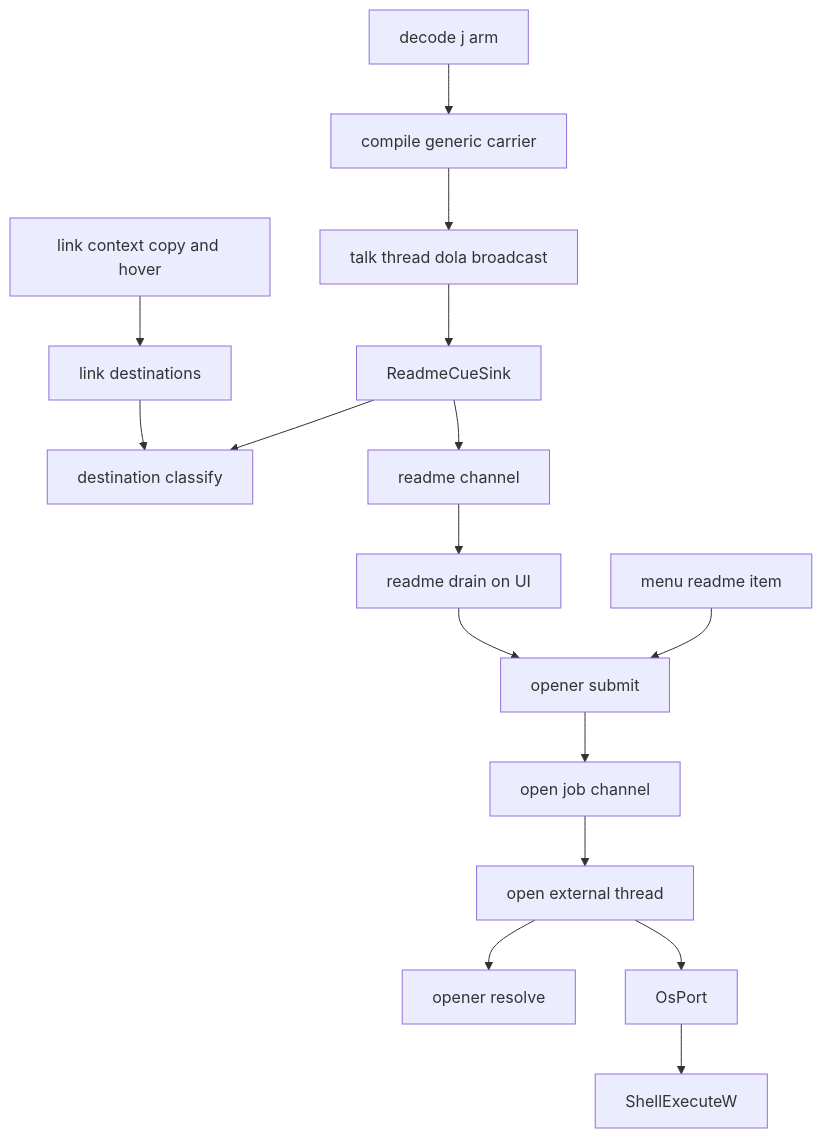
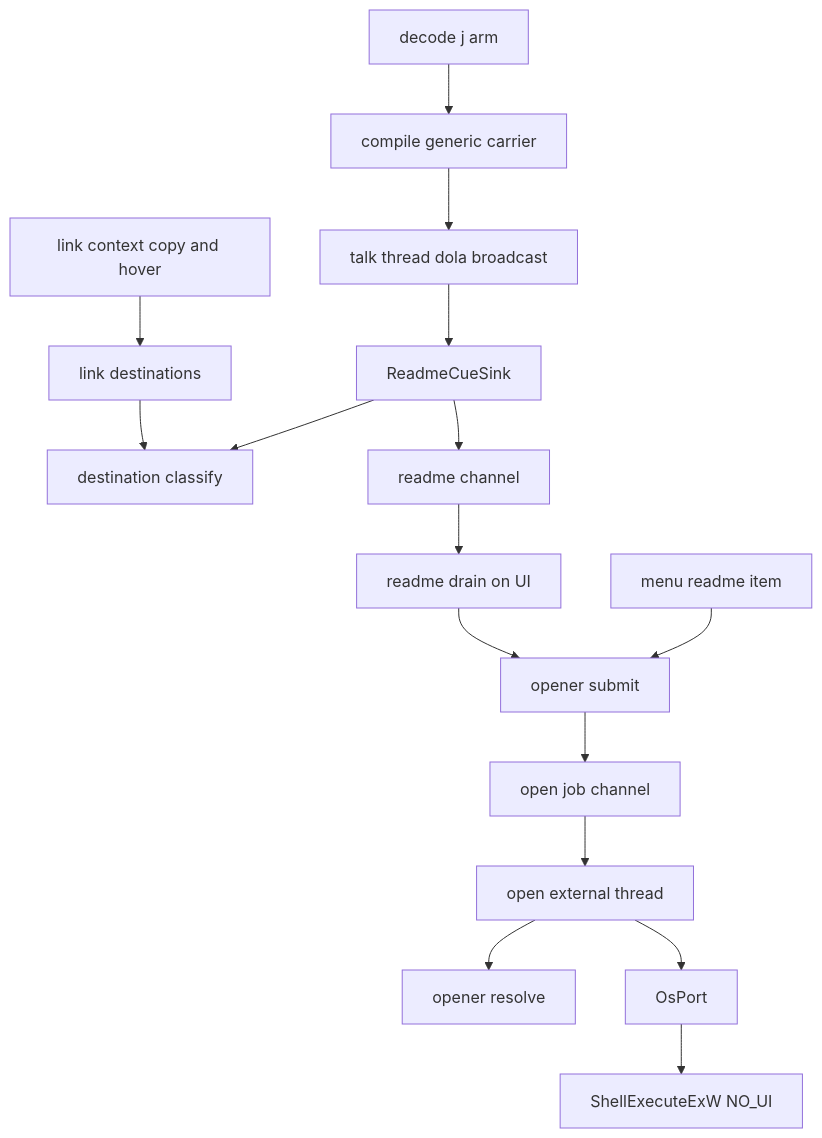
Before and after one commit to ekicyou/areka: the first of 3 diagrams in .kiro/specs/areka-P0-open-external-tags/design.md, drawn with Mermaid. The commit also changed other lines of this file and 2 other files, not shown here.

Commit message:
docs(areka-P0-open-external-tags): resolve design discussion #1 - OS の窓を出さない（ShellExecuteExW＋SEE_MASK_FLAG_NO_UI）

````diff
--- a/.kiro/specs/areka-P0-open-external-tags/design.md
+++ b/.kiro/specs/areka-P0-open-external-tags/design.md
@@ -79,18 +79,18 @@
 ```mermaid
 graph TB
     Decode[decode j arm] --> Compile[compile generic carrier]
     Compile --> TalkThread[talk thread dola broadcast]
     TalkThread --> Sink[ReadmeCueSink]
     Sink --> Rule[destination classify]
     Sink --> Channel1[readme channel]
     Channel1 --> Drain[readme drain on UI]
     Menu[menu readme item] --> Submit
     Drain --> Submit[opener submit]
     Submit --> Channel2[open job channel]
     Channel2 --> Worker[open external thread]
     Worker --> Resolve[opener resolve]
     Worker --> Port[OsPort]
-    Port --> Shell[ShellExecuteW]
+    Port --> Shell[ShellExecuteExW NO_UI]
     Extract[link destinations] --> Rule
     LaterSpecs[link context copy and hover] --> Extract
 ```
````
